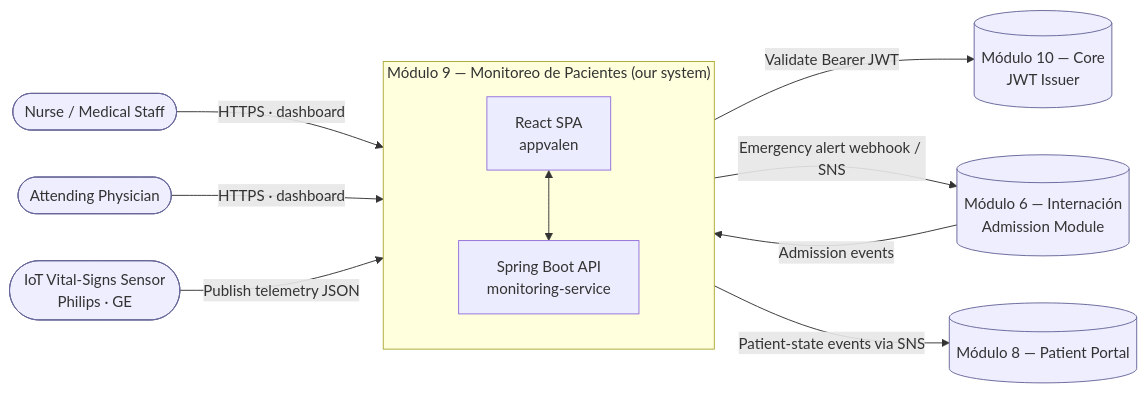
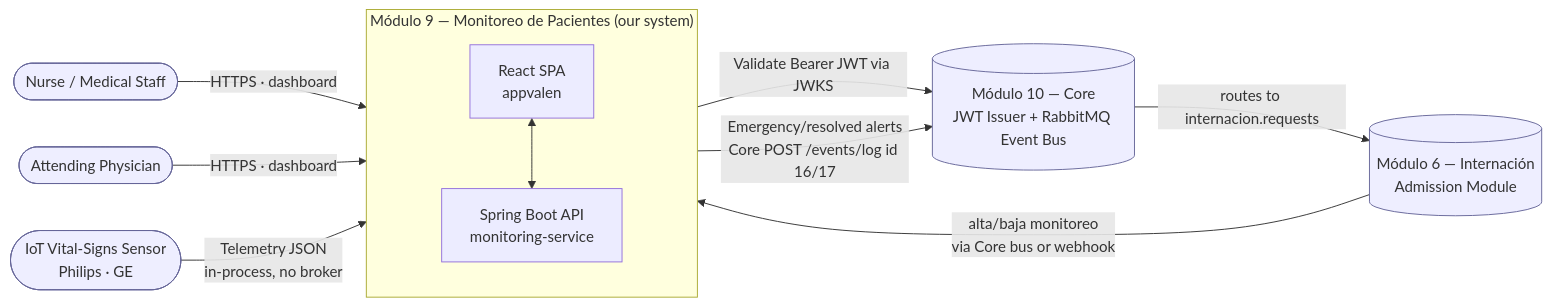
One commit to ValentinoDiaz0509/tpo-da2 changed the first of 8 diagrams in docs/architecture/architecture-diagrams.md. Above: the diagram before and after it, drawn with Mermaid. The commit also changed other lines of this file and 29 other files, not shown here.

````diff
--- a/docs/architecture/architecture-diagrams.md
+++ b/docs/architecture/architecture-diagrams.md
@@ -22,29 +22,28 @@
 ```mermaid
 flowchart LR
     Nurse([Nurse / Medical Staff])
     Doctor([Attending Physician])
     Sensor([IoT Vital-Signs Sensor<br/>Philips · GE])
 
     subgraph M9["Módulo 9 — Monitoreo de Pacientes (our system)"]
         direction TB
         SPA[React SPA<br/>appvalen]
         API[Spring Boot API<br/>monitoring-service]
         SPA <--> API
     end
 
-    M10[(Módulo 10 — Core<br/>JWT Issuer)]
+    M10[(Módulo 10 — Core<br/>JWT Issuer + RabbitMQ Event Bus)]
     M6[(Módulo 6 — Internación<br/>Admission Module)]
-    M8[(Módulo 8 — Patient Portal)]
 
     Nurse -->|HTTPS · dashboard| SPA
     Doctor -->|HTTPS · dashboard| SPA
-    Sensor -->|Publish telemetry JSON| API
+    Sensor -->|Telemetry JSON<br/>in-process, no broker| API
 
-    API -->|Validate Bearer JWT| M10
-    M6 -->|Admission events| API
-    API -->|Emergency alert webhook / SNS| M6
-    API -->|Patient-state events via SNS| M8
+    API -->|Validate Bearer JWT via JWKS| M10
+    M6 -->|alta/baja monitoreo<br/>via Core bus or webhook| API
+    API -->|Emergency/resolved alerts<br/>Core POST /events/log id 16/17| M10
+    M10 -->|routes to internacion.requests| M6
 
     classDef ext fill:#eef,stroke:#669,stroke-width:1px;
-    class M10,M6,M8,Sensor,Nurse,Doctor ext;
+    class M10,M6,Sensor,Nurse,Doctor ext;
 ```
````
